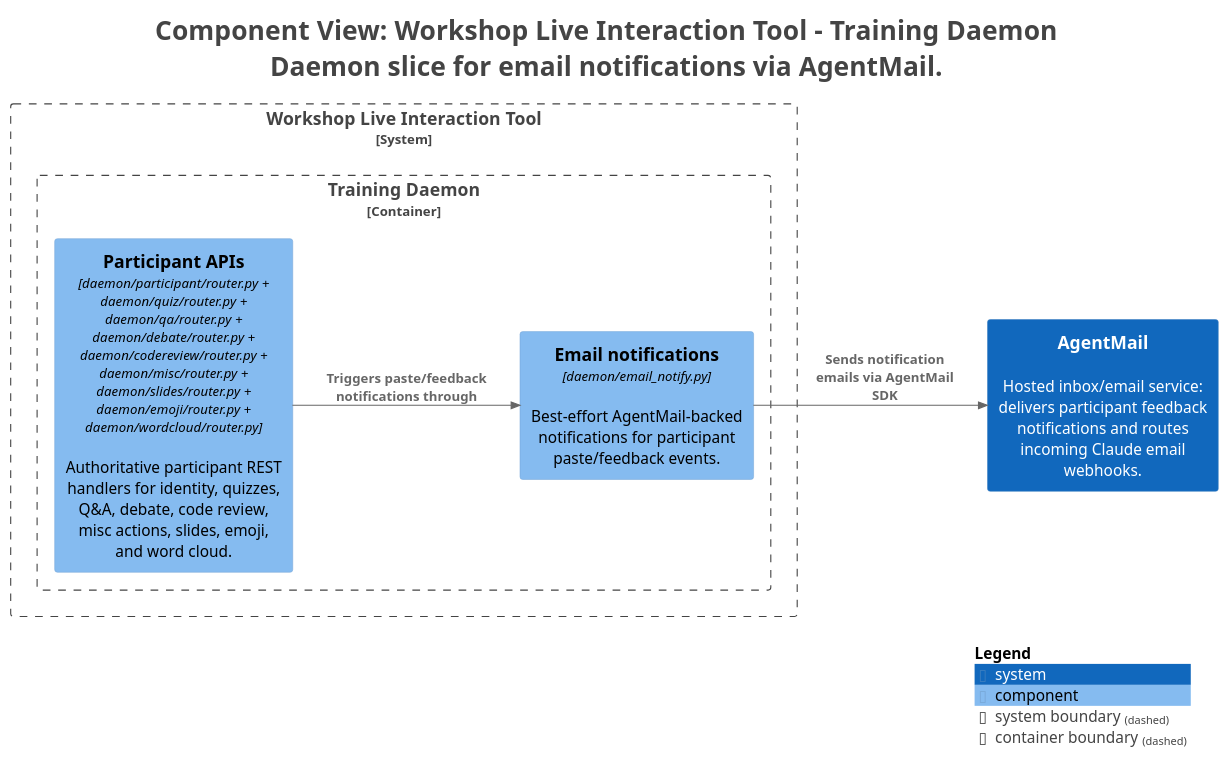
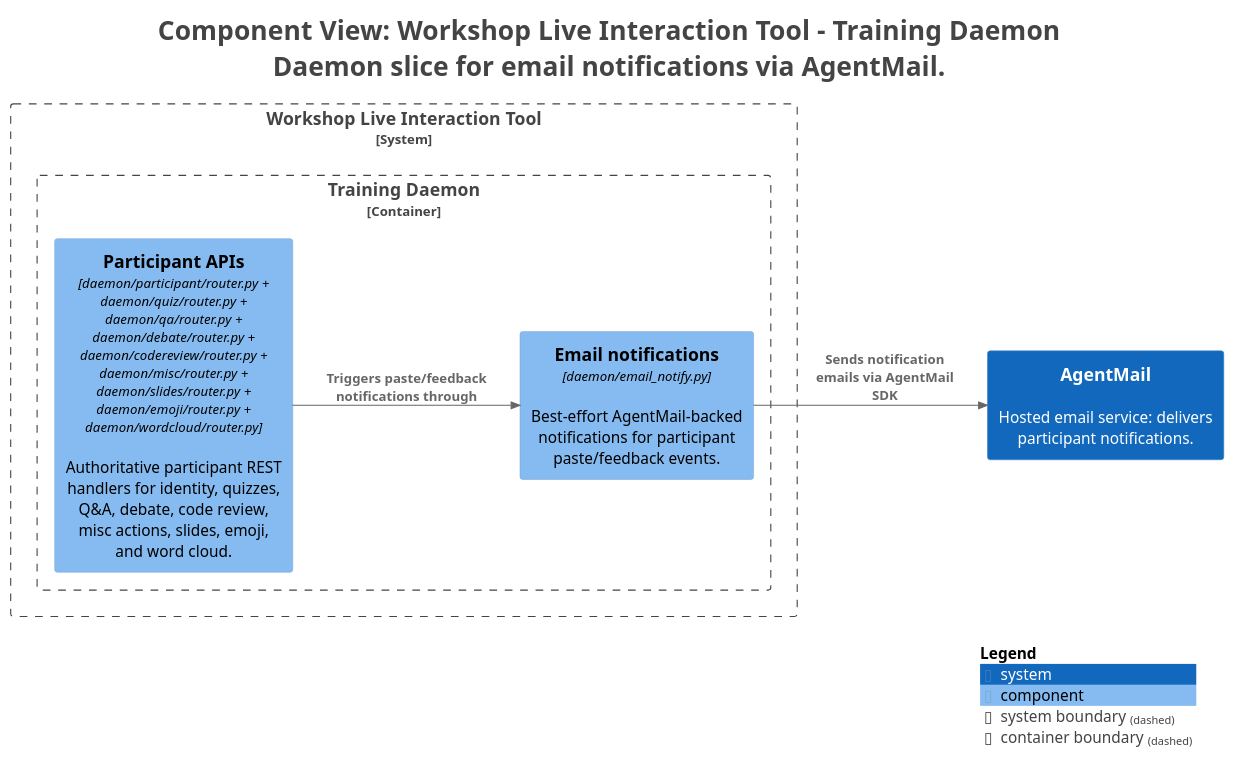
Before and after one commit to victorrentea/training-assistant: the diagram in docs/c4views/C3-Daemon-Notifications.puml, drawn with PlantUML. The commit also changed 45 other files, not shown here.

```diff
--- a/docs/c4views/C3-Daemon-Notifications.puml
+++ b/docs/c4views/C3-Daemon-Notifications.puml
@@ -1,33 +1,33 @@
 @startuml
 title <size:24>Component View: Workshop Live Interaction Tool - Training Daemon</size>\n<size:24>Daemon slice for email notifications via AgentMail.</size>
 
 set separator none
 left to right direction
 
 <style>
   root {
     BackgroundColor: #ffffff
     FontColor: #444444
   }
 </style>
 
 !include <C4/C4>
 !include <C4/C4_Context>
 !include <C4/C4_Component>
 
-System(AgentMail, "AgentMail", $descr="Hosted inbox/email service: delivers participant feedback notifications and routes incoming Claude email webhooks.", $tags="", $link="")
+System(AgentMail, "AgentMail", $descr="Hosted email service: delivers participant notifications.", $tags="", $link="")
 
 System_Boundary("WorkshopLiveInteractionTool_boundary", "Workshop Live Interaction Tool", $tags="") {
   Container_Boundary("WorkshopLiveInteractionTool.TrainingDaemon_boundary", "Training Daemon", $tags="") {
     Component(WorkshopLiveInteractionTool.TrainingDaemon.ParticipantAPIs, "Participant APIs", $techn="daemon/participant/router.py + daemon/quiz/router.py + daemon/qa/router.py + daemon/debate/router.py + daemon/codereview/router.py + daemon/misc/router.py + daemon/slides/router.py + daemon/emoji/router.py + daemon/wordcloud/router.py", $descr="Authoritative participant REST handlers for identity, quizzes, Q&A, debate, code review, misc actions, slides, emoji, and word cloud.", $tags="", $link="")
     Component(WorkshopLiveInteractionTool.TrainingDaemon.Emailnotifications, "Email notifications", $techn="daemon/email_notify.py", $descr="Best-effort AgentMail-backed notifications for participant paste/feedback events.", $tags="", $link="")
   }
 
 }
 
 Rel(WorkshopLiveInteractionTool.TrainingDaemon.Emailnotifications, AgentMail, "Sends notification emails via AgentMail SDK", $techn="", $tags="", $link="")
 Rel(WorkshopLiveInteractionTool.TrainingDaemon.ParticipantAPIs, WorkshopLiveInteractionTool.TrainingDaemon.Emailnotifications, "Triggers paste/feedback notifications through", $techn="", $tags="", $link="")
 
 SHOW_LEGEND(true)
 hide stereotypes
 @enduml
```
